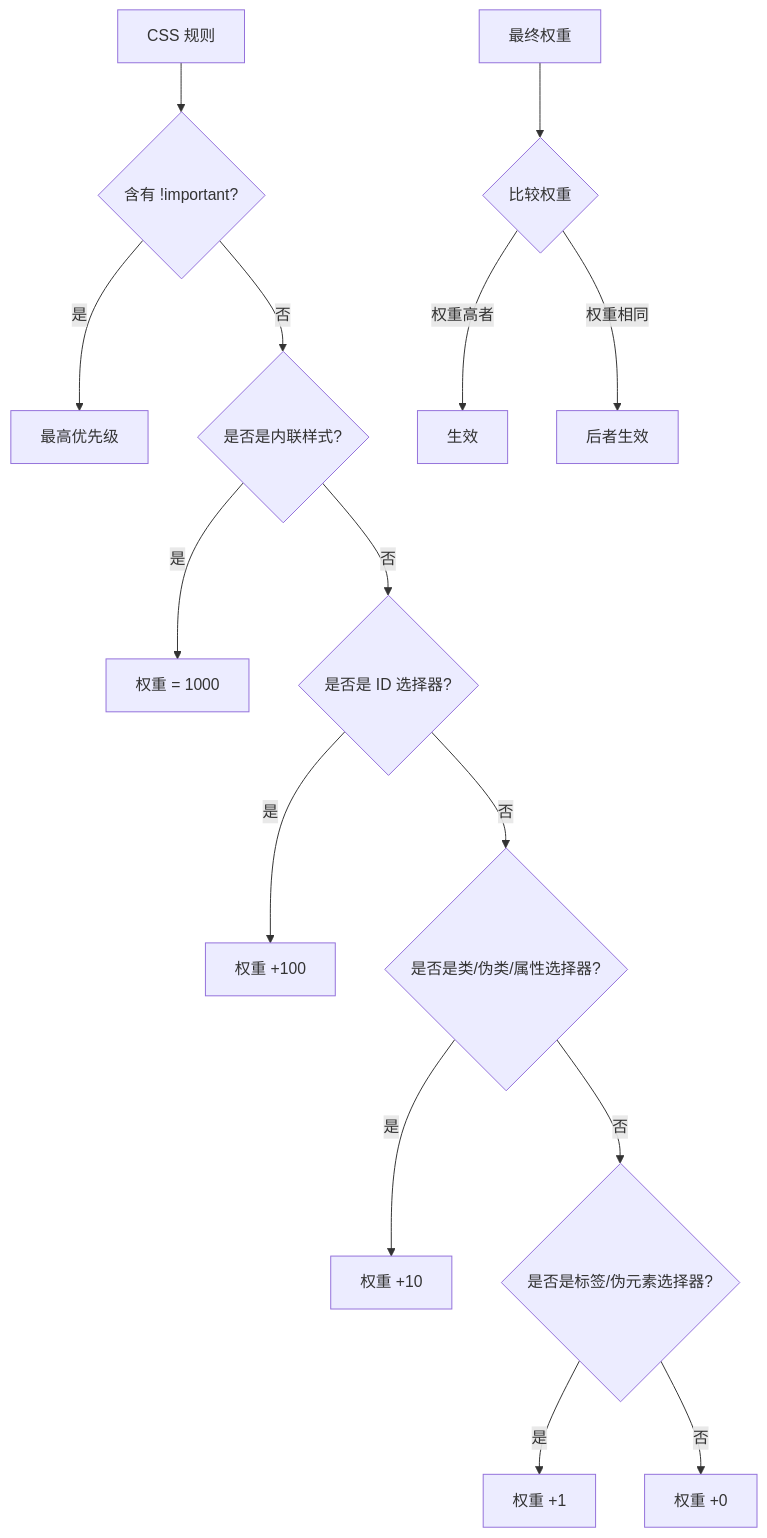
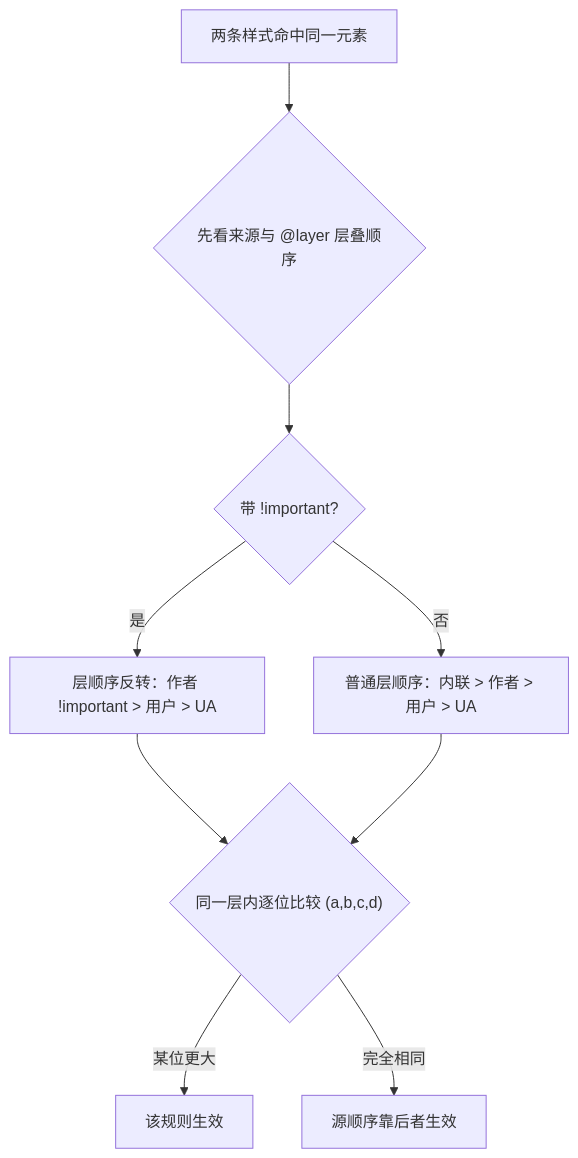
Before and after one commit to KMaybe01/interview-demo: the third of 53 diagrams in docs/S1-基础夯实/02-CSS.md, drawn with Mermaid. The commit also changed other lines of this file and 59 other files, not shown here.

````diff
--- a/docs/S1-基础夯实/02-CSS.md
+++ b/docs/S1-基础夯实/02-CSS.md
@@ -151,18 +146,11 @@
 ```mermaid
 flowchart TD
-    A["CSS 规则"] --> B{"含有 !important?"}
-    B -->|是| C["最高优先级"]
-    B -->|否| D{"是否是内联样式?"}
-    D -->|是| E["权重 = 1000"]
-    D -->|否| F{"是否是 ID 选择器?"}
-    F -->|是| G["权重 +100"]
-    F -->|否| H{"是否是类/伪类/属性选择器?"}
-    H -->|是| I["权重 +10"]
-    H -->|否| J{"是否是标签/伪元素选择器?"}
-    J -->|是| K["权重 +1"]
-    J -->|否| L["权重 +0"]
-
-    M["最终权重"] --> N{"比较权重"}
-    N -->|权重高者| O["生效"]
-    N -->|权重相同| P["后者生效"]
+    A["两条样式命中同一元素"] --> B{"先看来源与 @layer 层叠顺序"}
+    B --> C{"带 !important?"}
+    C -->|是| D["层顺序反转：作者 !important > 用户 > UA"]
+    C -->|否| E["普通层顺序：内联 > 作者 > 用户 > UA"]
+    D --> F{"同一层内逐位比较 (a,b,c,d)"}
+    E --> F
+    F -->|某位更大| G["该规则生效"]
+    F -->|完全相同| H["源顺序靠后者生效"]
 ```
````
